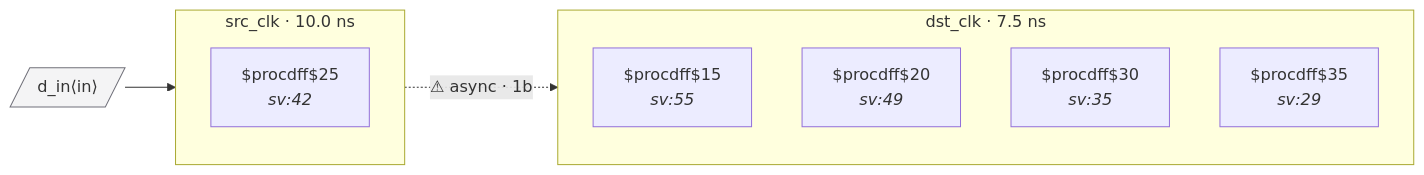
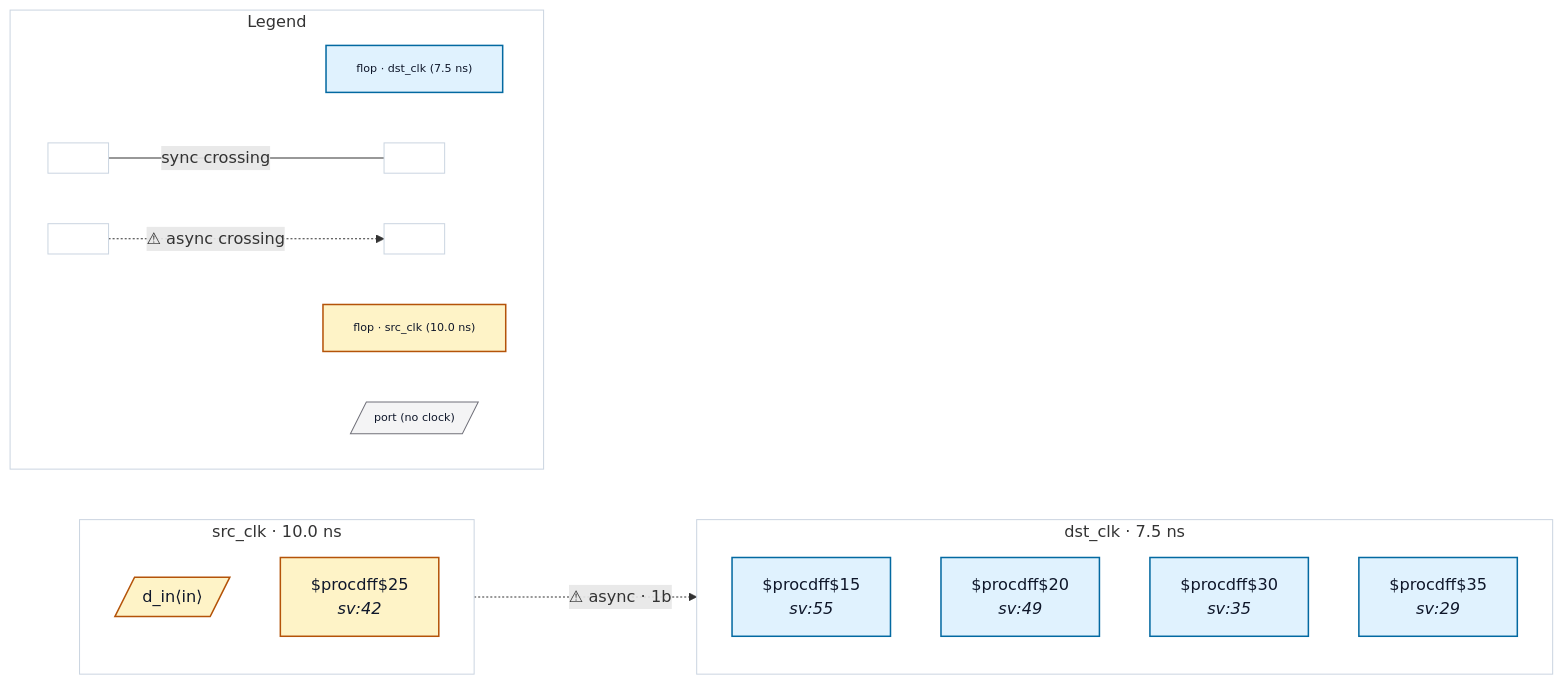
The diagram in tests/fixtures/good_reset_sync/README.md (rtl-buddy/rtl-buddy-cdc), drawn with Mermaid before and after one commit. The commit also changed 71 other files, not shown here.

First line of the commit message:
Refresh fixture READMEs + render iterations (colors, legend, nested ports, clock-net edges)

````diff
--- a/tests/fixtures/good_reset_sync/README.md
+++ b/tests/fixtures/good_reset_sync/README.md
@@ -18,19 +18,43 @@
 ```mermaid
 %% good_reset_sync — generated by rtl-buddy-cdc render
 flowchart LR
   subgraph clk_dst_clk["dst_clk · 7.5 ns"]
     direction TB
-    f_e5065118["$procdff$15<br/><i>sv:55</i>"]
-    f_aaf52cb5["$procdff$20<br/><i>sv:49</i>"]
-    f_b9d454f2["$procdff$30<br/><i>sv:35</i>"]
-    f_ae9366b5["$procdff$35<br/><i>sv:29</i>"]
+    f_e5065118["$procdff$15<br/><i>sv:55</i>"]:::ckcls_dst_clk
+    f_aaf52cb5["$procdff$20<br/><i>sv:49</i>"]:::ckcls_dst_clk
+    f_b9d454f2["$procdff$30<br/><i>sv:35</i>"]:::ckcls_dst_clk
+    f_ae9366b5["$procdff$35<br/><i>sv:29</i>"]:::ckcls_dst_clk
   end
   subgraph clk_src_clk["src_clk · 10.0 ns"]
     direction TB
-    f_d6eb920d["$procdff$25<br/><i>sv:42</i>"]
+    p_in_d_in[/"d_in⟨in⟩"/]:::ckcls_src_clk
+    f_d6eb920d["$procdff$25<br/><i>sv:42</i>"]:::ckcls_src_clk
   end
-  p_in_d_in[/"d_in⟨in⟩"/]:::port
-  p_in_d_in --> f_d6eb920d
   f_d6eb920d -. "⚠ async · 1b" .-> f_aaf52cb5
-  classDef port fill:#f4f4f5,stroke:#71717a
+  subgraph rb_legend["Legend"]
+    direction LR
+    lg_clk_dst_clk["flop · dst_clk (7.5 ns)"]:::ckcls_dst_clk
+    lg_clk_src_clk["flop · src_clk (10.0 ns)"]:::ckcls_src_clk
+    lg_port[/"port (no clock)"/]:::port_unassigned
+    lg_sync_a[" "]:::ckcls_legend_neutral
+    lg_sync_b[" "]:::ckcls_legend_neutral
+    lg_async_a[" "]:::ckcls_legend_neutral
+    lg_async_b[" "]:::ckcls_legend_neutral
+    lg_sync_a --- |"sync crossing"| lg_sync_b
+    lg_async_a -. "⚠ async crossing" .-> lg_async_b
+  end
+  style clk_dst_clk fill:none,stroke:#cbd5e1
+  style clk_src_clk fill:none,stroke:#cbd5e1
+  style rb_legend fill:none,stroke:#cbd5e1
+  style lg_clk_dst_clk font-size:11px
+  style lg_clk_src_clk font-size:11px
+  style lg_port font-size:11px
+  style lg_sync_a font-size:11px
+  style lg_sync_b font-size:11px
+  style lg_async_a font-size:11px
+  style lg_async_b font-size:11px
+  classDef ckcls_dst_clk fill:#e0f2fe,stroke:#0369a1,stroke-width:1.5px,color:#0f172a
+  classDef ckcls_src_clk fill:#fef3c7,stroke:#b45309,stroke-width:1.5px,color:#0f172a
+  classDef port_unassigned fill:#f4f4f5,stroke:#71717a,color:#0f172a
+  classDef ckcls_legend_neutral fill:#ffffff,stroke:#cbd5e1,stroke-width:1px,color:#0f172a
 ```
````
